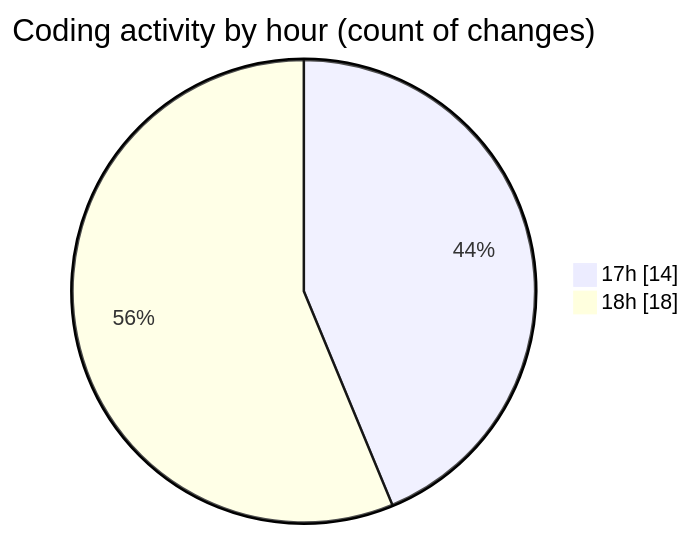
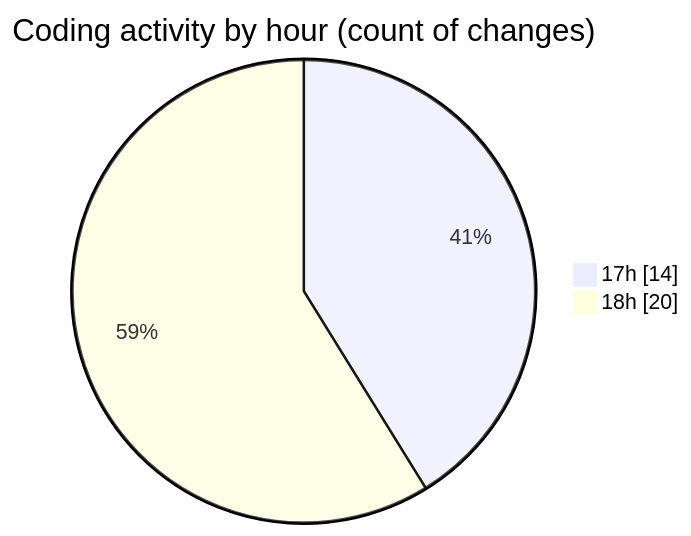
One commit to idhammustaqopulfikri/code-tracking changed the second of 2 diagrams in 2025-10-05/lapangan-futsal/README.md. Above: the diagram before and after it, drawn with Mermaid. The commit also changed other lines of this file and 1 other file, not shown here.

````diff
--- a/2025-10-05/lapangan-futsal/README.md
+++ b/2025-10-05/lapangan-futsal/README.md
@@ -51,6 +52,6 @@
 ```mermaid
 pie showData
 title Coding activity by hour (count of changes)
 "17h" : 14
-"18h" : 18
+"18h" : 20
 ```
````
